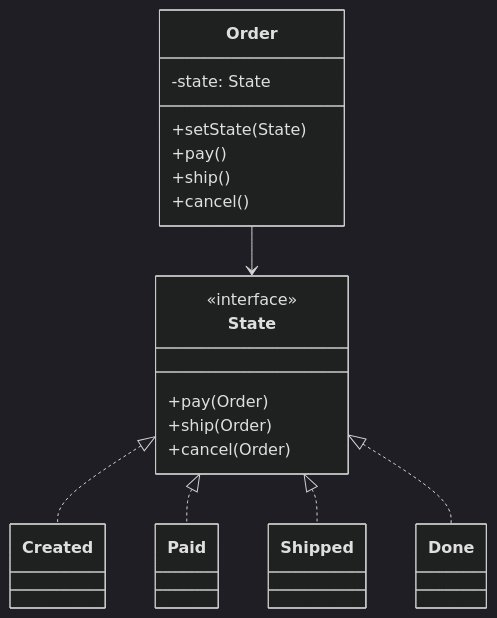
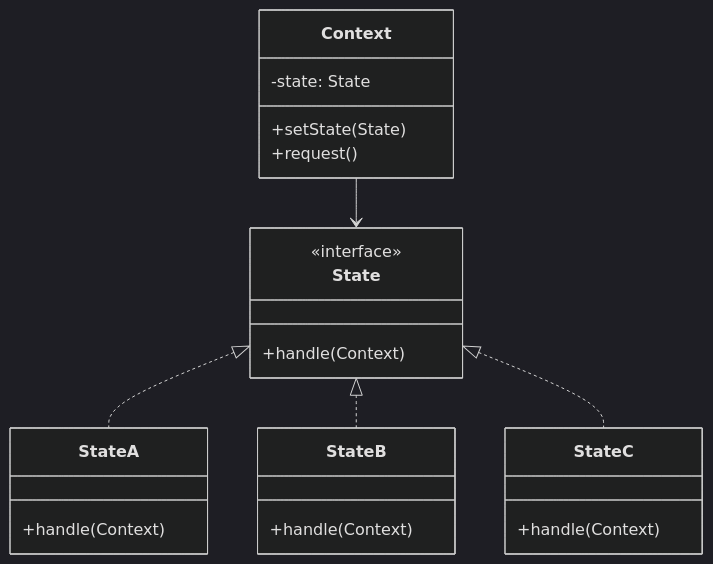
The fourth of 8 diagrams in docs/08.编程/03.巧学设计模式/19.状态模式设计思想.md (chongyang211/YCBookBlog), drawn with Mermaid (dark theme) before and after one commit. The commit also changed other lines of this file and 13 other files, not shown here.

````diff
--- a/docs/08.编程/03.巧学设计模式/19.状态模式设计思想.md
+++ b/docs/08.编程/03.巧学设计模式/19.状态模式设计思想.md
@@ -607,25 +378,25 @@
 ```mermaid
 classDiagram
-    class Order {
+    class Context {
         -state: State
         +setState(State)
-        +pay()
-        +ship()
-        +cancel()
+        +request()
     }
     class State {
         <<interface>>
-        +pay(Order)
-        +ship(Order)
-        +cancel(Order)
+        +handle(Context)
     }
-    class Created
-    class Paid
-    class Shipped
-    class Done
-    State <|.. Created
-    State <|.. Paid
-    State <|.. Shipped
-    State <|.. Done
-    Order --> State
+    class StateA {
+        +handle(Context)
+    }
+    class StateB {
+        +handle(Context)
+    }
+    class StateC {
+        +handle(Context)
+    }
+    State <|.. StateA
+    State <|.. StateB
+    State <|.. StateC
+    Context --> State
 ```
````
